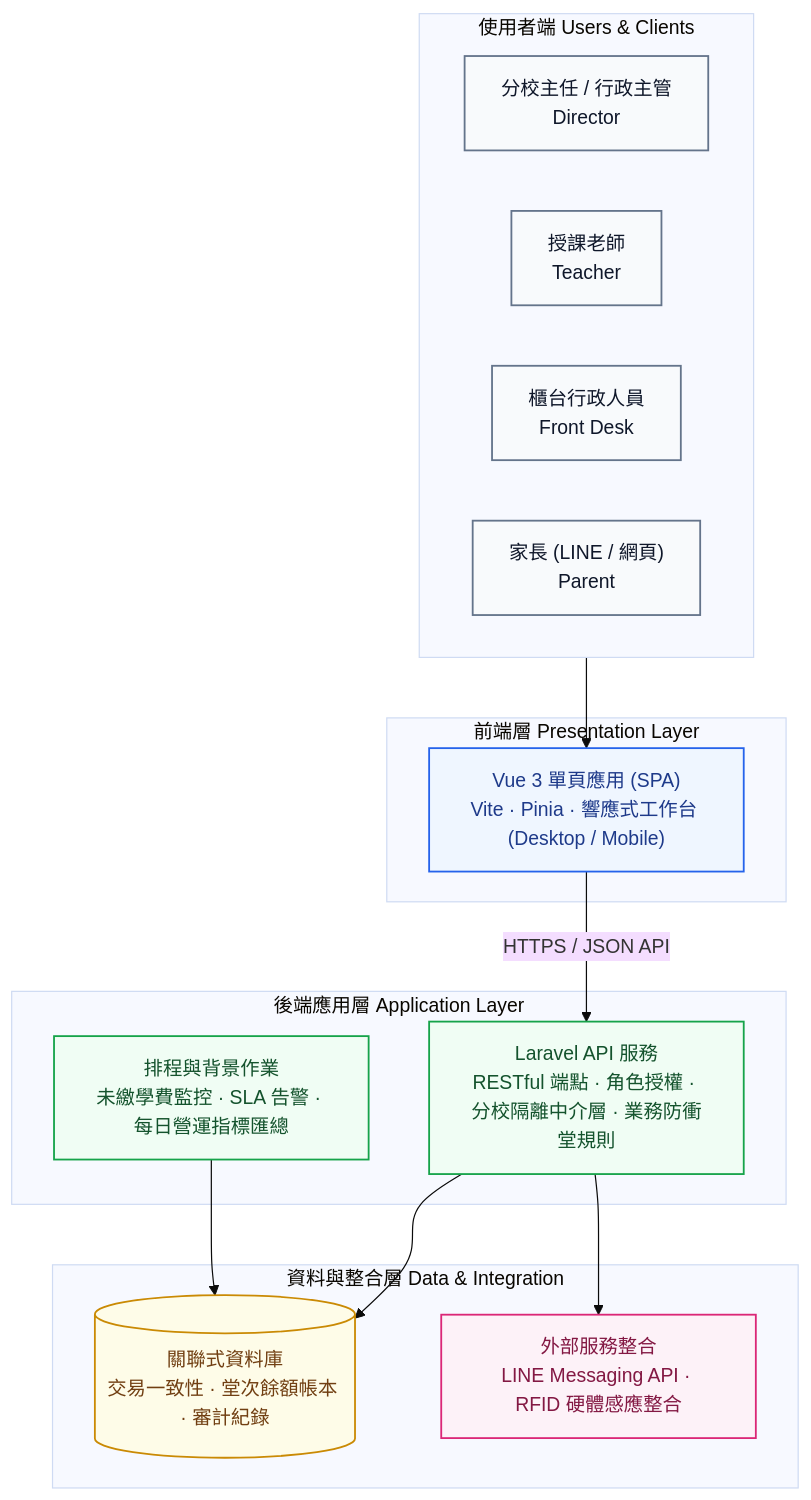
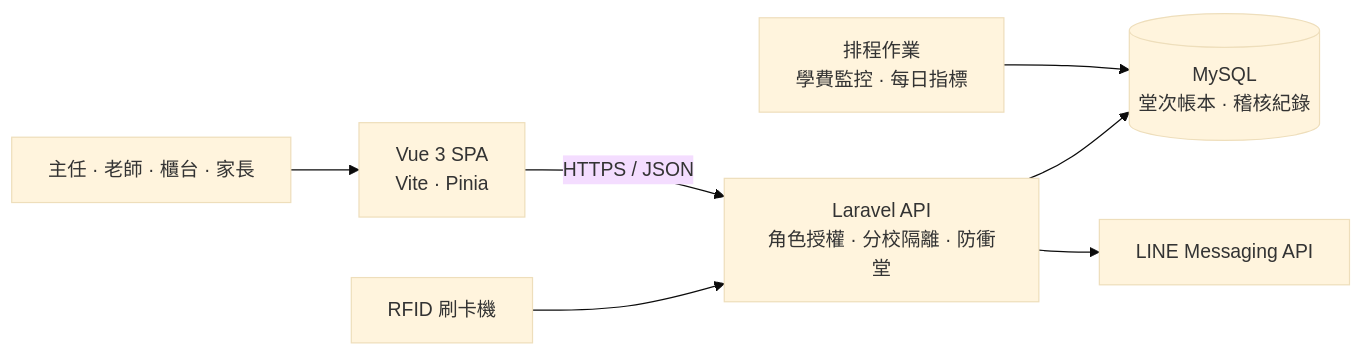
One commit to jerry200176-png/AllTrue_System changed the diagram in README.md. Above: the diagram before and after it, drawn with Mermaid (base theme). The commit also changed other lines of this file and 1 other file, not shown here.

````diff
--- a/README.md
+++ b/README.md
@@ -95,35 +49,9 @@
 ```mermaid
-graph TD
-    classDef client fill:#f8fafc,stroke:#64748b,stroke-width:1.5px,color:#0f172a
-    classDef fe fill:#eff6ff,stroke:#2563eb,stroke-width:1.5px,color:#1e3a8a
-    classDef be fill:#f0fdf4,stroke:#16a34a,stroke-width:1.5px,color:#14532d
-    classDef data fill:#fefce8,stroke:#ca8a04,stroke-width:1.5px,color:#713f12
-    classDef ext fill:#fdf2f8,stroke:#db2777,stroke-width:1.5px,color:#831843
-
-    subgraph Users["使用者端 Users & Clients"]
-        U1["分校主任 / 行政主管<br/>Director"]:::client
-        U2["授課老師<br/>Teacher"]:::client
-        U3["櫃台行政人員<br/>Front Desk"]:::client
-        U4["家長 (LINE / 網頁)<br/>Parent"]:::client
-    end
-
-    subgraph Frontend["前端層 Presentation Layer"]
-        VUE["Vue 3 單頁應用 (SPA)<br/>Vite · Pinia · 響應式工作台 (Desktop / Mobile)"]:::fe
-    end
-
-    subgraph Backend["後端應用層 Application Layer"]
-        API["Laravel API 服務<br/>RESTful 端點 · 角色授權 · 分校隔離中介層 · 業務防衝堂規則"]:::be
-        SCHEDULE["排程與背景作業<br/>未繳學費監控 · SLA 告警 · 每日營運指標匯總"]:::be
-    end
-
-    subgraph Data["資料與整合層 Data & Integration"]
-        DB[("關聯式資料庫<br/>交易一致性 · 堂次餘額帳本 · 審計紀錄")]:::data
-        LINE["外部服務整合<br/>LINE Messaging API · RFID 硬體感應整合"]:::ext
-    end
-
-    Users --> VUE
-    VUE -->|HTTPS / JSON API| API
-    API --> DB
-    SCHEDULE --> DB
-    API --> LINE
+graph LR
+    Users["主任 · 老師 · 櫃台 · 家長"] --> VUE["Vue 3 SPA<br/>Vite · Pinia"]
+    VUE -->|HTTPS / JSON| API["Laravel API<br/>角色授權 · 分校隔離 · 防衝堂"]
+    SCHED["排程作業<br/>學費監控 · 每日指標"] --> DB
+    API --> DB[("MySQL<br/>堂次帳本 · 稽核紀錄")]
+    API --> LINE["LINE Messaging API"]
+    RFID["RFID 刷卡機"] --> API
 ```
````
